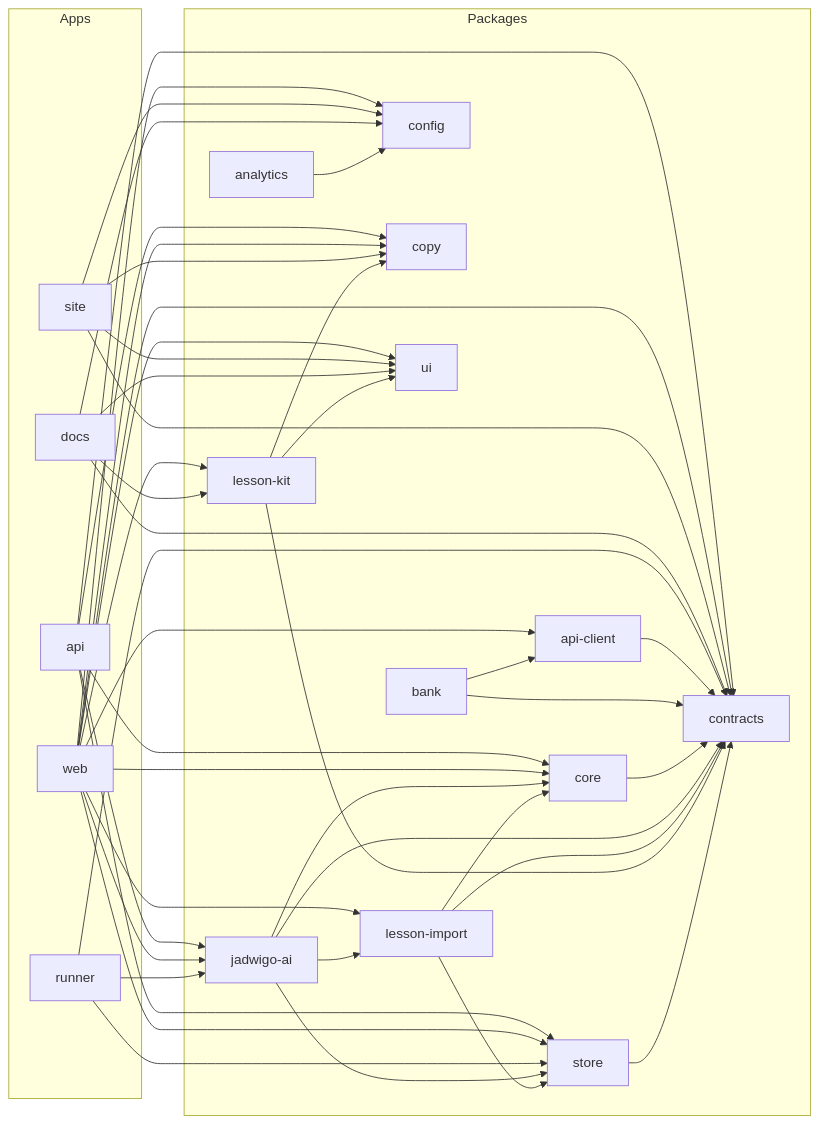
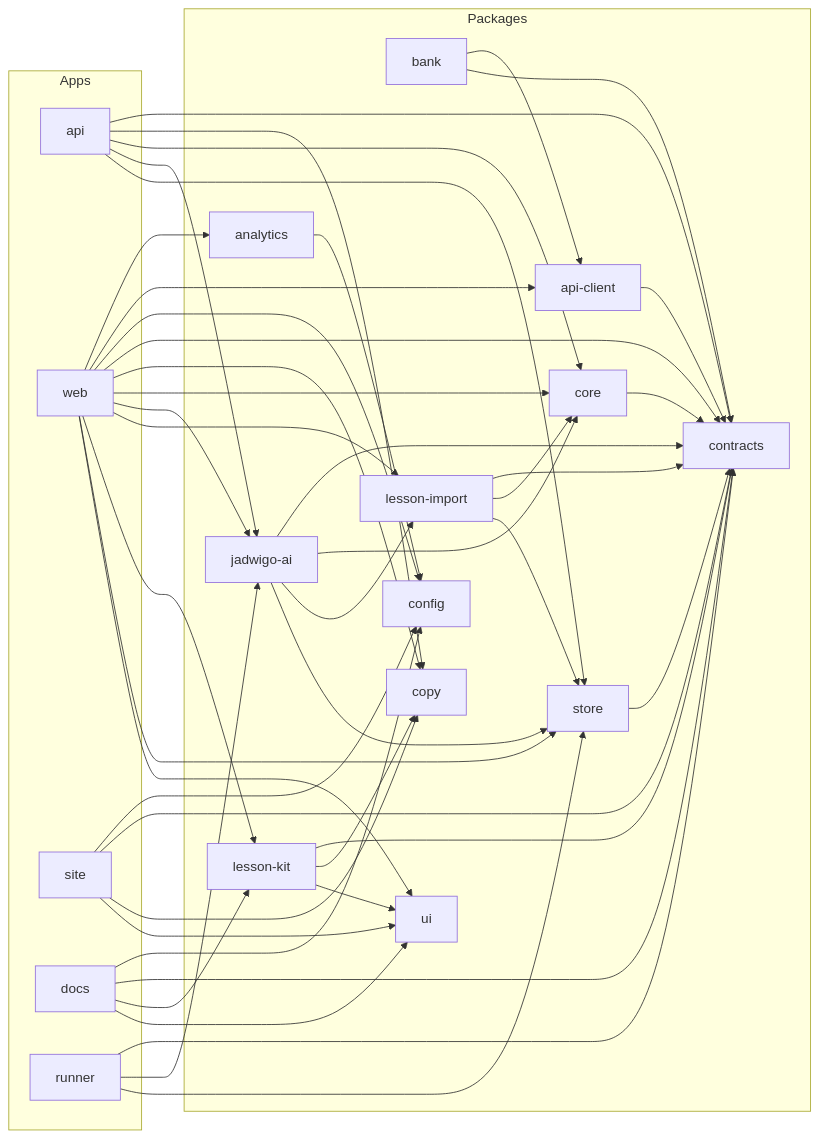
Before and after one commit to vasyl-stanislavchuk/jadwigo-hackathon: the diagram in apps/docs/src/content/docs/architecture/monorepo.md, drawn with Mermaid. The commit also changed 35 other files, not shown here.

````diff
--- a/apps/docs/src/content/docs/architecture/monorepo.md
+++ b/apps/docs/src/content/docs/architecture/monorepo.md
@@ -20,66 +20,67 @@
 ```mermaid
 flowchart LR
   subgraph apps [Apps]
     api
     web
     site
     docs
     runner
   end
   subgraph packages [Packages]
     analytics
     api_client["api-client"]
     bank
     config
     contracts
     copy
     core
     jadwigo_ai["jadwigo-ai"]
     lesson_import["lesson-import"]
     lesson_kit["lesson-kit"]
     store
     ui
   end
   api --> contracts
   api --> copy
   api --> core
   api --> jadwigo_ai
   api --> store
+  web --> analytics
   web --> api_client
   web --> config
   web --> contracts
   web --> copy
   web --> core
   web --> jadwigo_ai
   web --> lesson_import
   web --> lesson_kit
   web --> store
   web --> ui
   site --> config
   site --> contracts
   site --> copy
   site --> ui
   docs --> config
   docs --> contracts
   docs --> lesson_kit
   docs --> ui
   runner --> contracts
   runner --> jadwigo_ai
   runner --> store
   analytics --> config
   api_client --> contracts
   bank --> api_client
   bank --> contracts
   core --> contracts
   jadwigo_ai --> contracts
   jadwigo_ai --> core
   jadwigo_ai --> lesson_import
   jadwigo_ai --> store
   lesson_import --> contracts
   lesson_import --> core
   lesson_import --> store
   lesson_kit --> contracts
   lesson_kit --> copy
   lesson_kit --> ui
   store --> contracts
 ```
````
